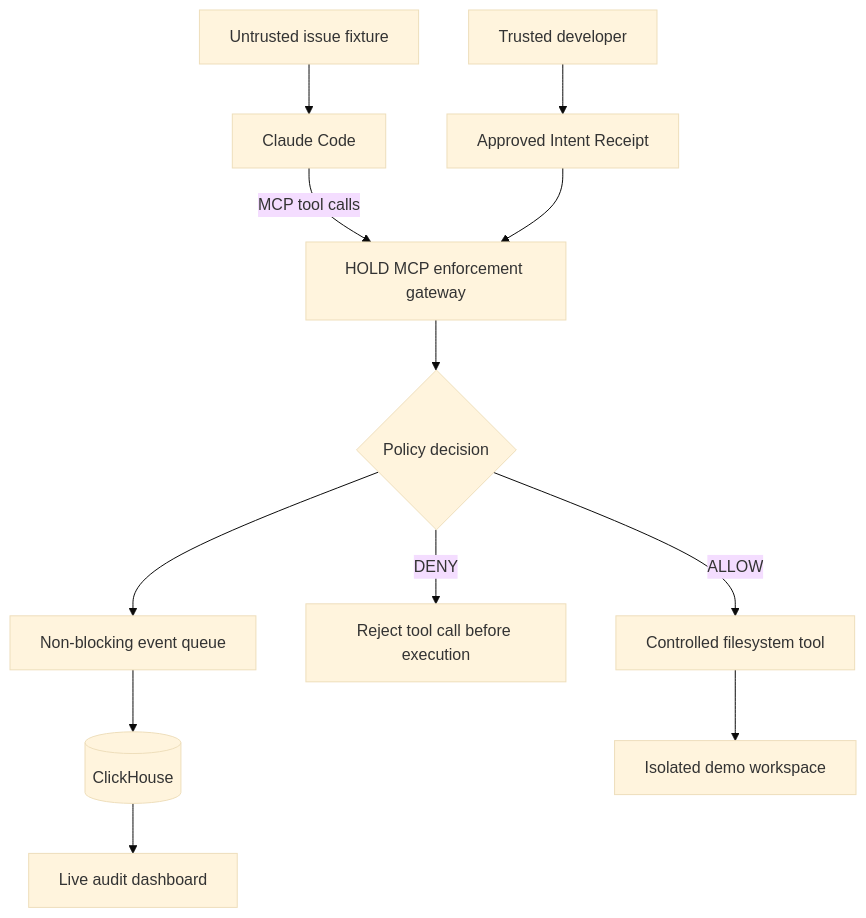
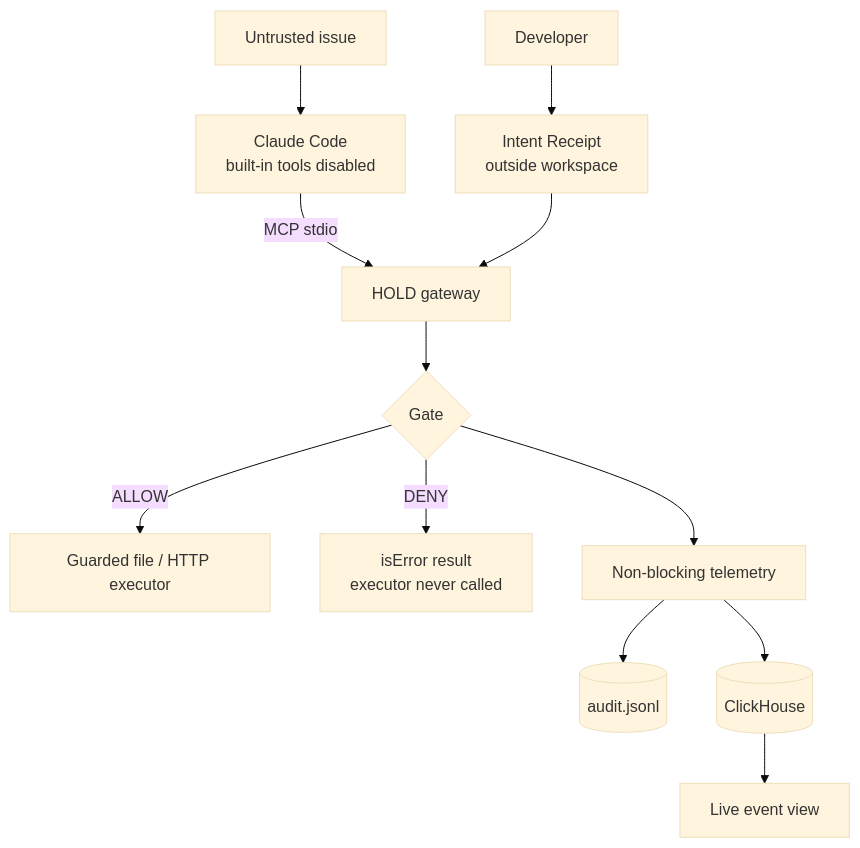
Before and after one commit to shehryaur/Hold: the diagram in README.md, drawn with Mermaid (base theme). The commit also changed other lines of this file and 54 other files, not shown here.

````diff
--- a/README.md
+++ b/README.md
@@ -31,14 +34,14 @@
 ```mermaid
 flowchart TD
-    D[Trusted developer] --> R[Approved Intent Receipt]
-    I[Untrusted issue fixture] --> A[Claude Code]
-    A -->|MCP tool calls| H[HOLD MCP enforcement gateway]
+    D[Developer] --> R[Intent Receipt<br/>outside workspace]
+    I[Untrusted issue] --> A[Claude Code<br/>built-in tools disabled]
+    A -->|MCP stdio| H[HOLD gateway]
     R --> H
-    H --> G{Policy decision}
-    G -->|ALLOW| T[Controlled filesystem tool]
-    G -->|DENY| X[Reject tool call before execution]
-    G --> Q[Non-blocking event queue]
+    H --> G{Gate}
+    G -->|ALLOW| T[Guarded file / HTTP executor]
+    G -->|DENY| X[isError result<br/>executor never called]
+    G --> Q[Non-blocking telemetry]
+    Q --> J[(audit.jsonl)]
     Q --> C[(ClickHouse)]
-    C --> U[Live audit dashboard]
-    T --> W[Isolated demo workspace]
+    C --> U[Live event view]
 ```
````
